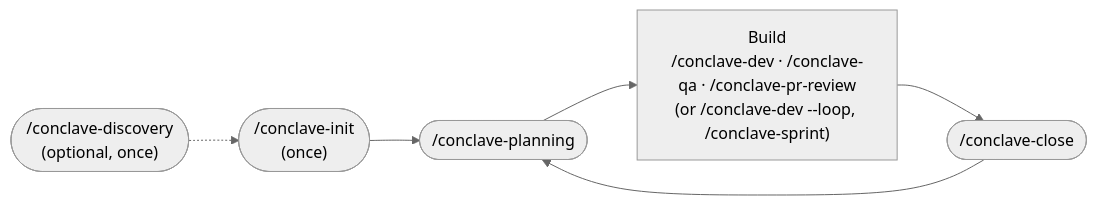
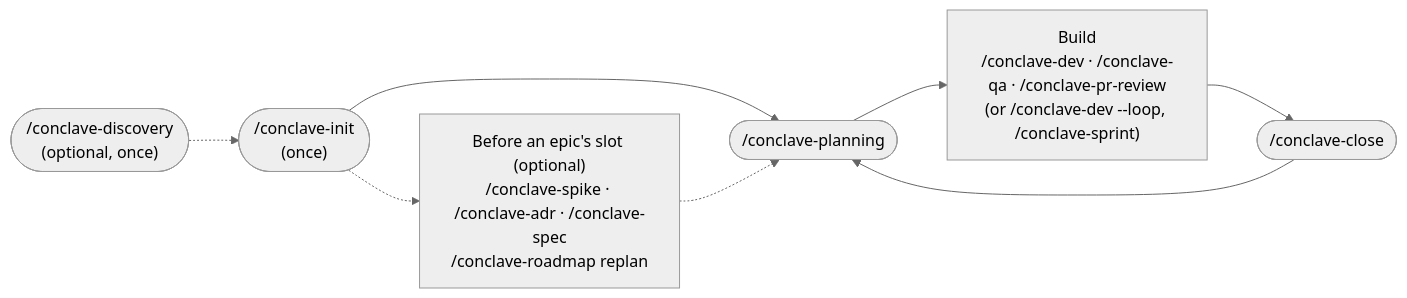
The first of 6 diagrams in site/content/en/workflow.mdx (giolabs/conclave), drawn with Mermaid (neutral theme) before and after one commit. The commit also changed other lines of this file and 41 other files, not shown here.

````diff
--- a/site/content/en/workflow.mdx
+++ b/site/content/en/workflow.mdx
@@ -12,8 +12,10 @@
 ```mermaid
 flowchart LR
     Disc(["/conclave-discovery<br/>(optional, once)"]) -.-> Init
     Init(["/conclave-init<br/>(once)"]) --> Plan(["/conclave-planning"])
+    Init -.-> Design["Before an epic's slot (optional)<br/>/conclave-spike · /conclave-adr · /conclave-spec<br/>/conclave-roadmap replan"]
+    Design -.-> Plan
     Plan --> Build["Build<br/>/conclave-dev · /conclave-qa · /conclave-pr-review<br/>(or /conclave-dev --loop, /conclave-sprint)"]
     Build --> Close(["/conclave-close"])
     Close --> Plan
 ```
````
